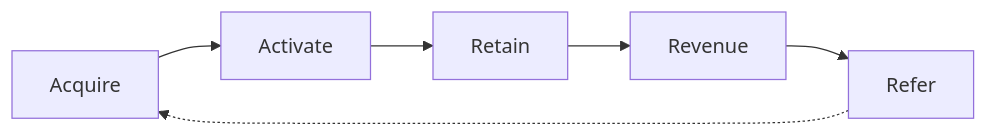
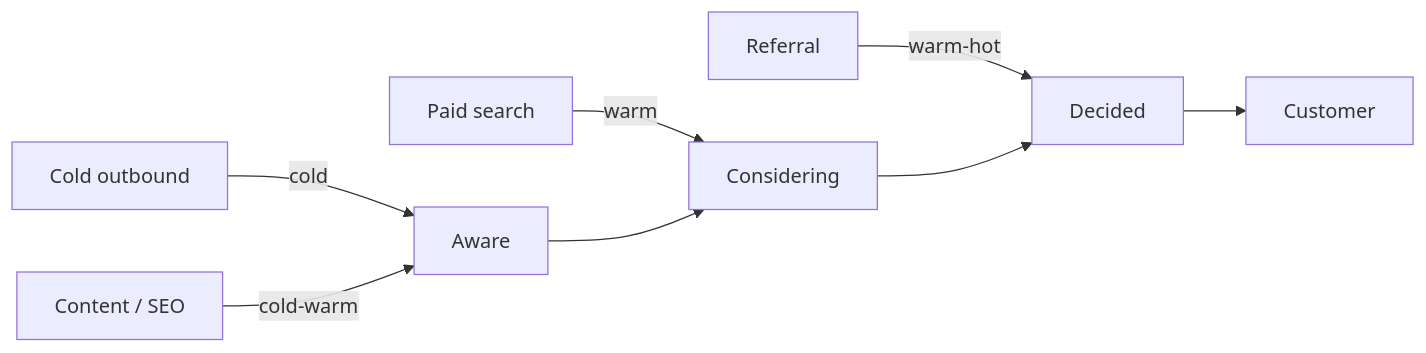
One commit to samuelfreemanjobs-hash/ceo changed the third of 6 diagrams in .github/skills/funnel-visualization/SKILL.md. Above: the diagram before and after it, drawn with Mermaid. The commit also changed other lines of this file and 5 other files, not shown here.

First line of the commit message:
feat(funnel-architect): install authoritative funnel-visualization skill v1.1

````diff
--- a/.github/skills/funnel-visualization/SKILL.md
+++ b/.github/skills/funnel-visualization/SKILL.md
@@ -52,8 +85,11 @@
 ```mermaid
 flowchart LR
-    A[Acquire] --> B[Activate]
-    B --> C[Retain]
-    C --> D[Revenue]
-    D --> E[Refer]
-    E -.-> A
+    C1[Paid search] -->|warm| B
+    C2[Cold outbound] -->|cold| A
+    C3[Referral] -->|warm-hot| C
+    C4[Content / SEO] -->|cold-warm| A
+
+    A[Aware] --> B[Considering]
+    B --> C[Decided]
+    C --> D[Customer]
 ```
````
